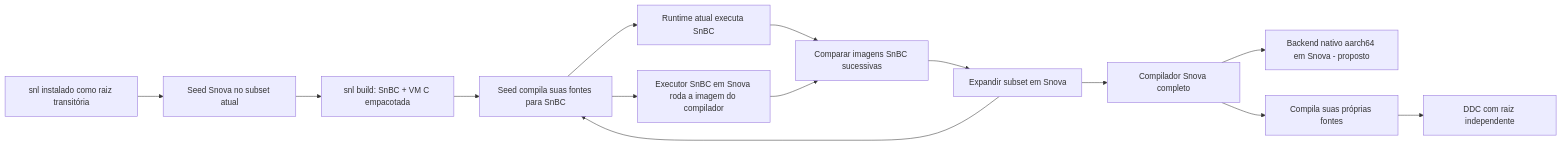
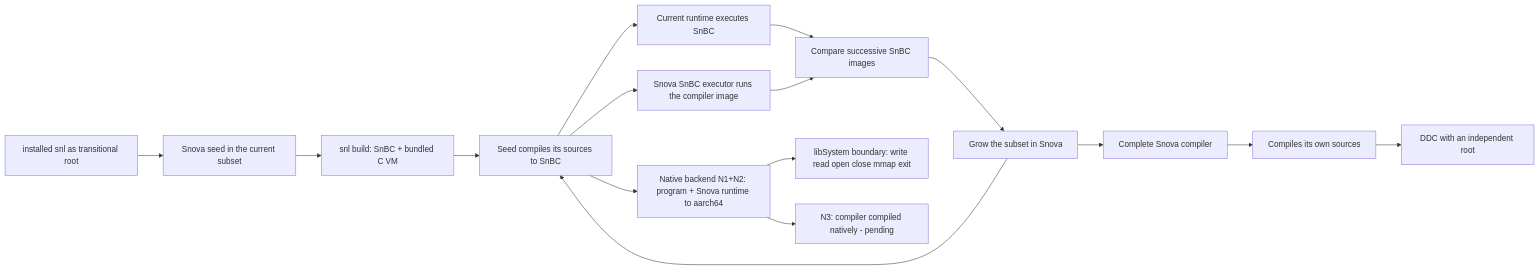
One commit to moislang/moil changed the diagram in docs/diagrams/bootstrap.mmd. Above: the diagram before and after it, drawn with Mermaid. The commit also changed 68 other files, not shown here.

```diff
--- a/docs/diagrams/bootstrap.mmd
+++ b/docs/diagrams/bootstrap.mmd
@@ -1,14 +1,16 @@
 flowchart LR
-  H[snl instalado como raiz transitória] --> K[Seed Snova no subset atual]
-  K --> C1[snl build: SnBC + VM C empacotada]
-  C1 --> C2[Seed compila suas fontes para SnBC]
-  C2 --> R[Runtime atual executa SnBC]
-  R --> FP[Comparar imagens SnBC sucessivas]
-  C2 --> VM[Executor SnBC em Snova roda a imagem do compilador]
+  H[installed snl as transitional root] --> K[Snova seed in the current subset]
+  K --> C1[snl build: SnBC + bundled C VM]
+  C1 --> C2[Seed compiles its sources to SnBC]
+  C2 --> R[Current runtime executes SnBC]
+  R --> FP[Compare successive SnBC images]
+  C2 --> VM[Snova SnBC executor runs the compiler image]
   VM --> FP
-  CN --> NAT[Backend nativo aarch64 em Snova - proposto]
-  FP --> C3[Expandir subset em Snova]
+  C2 --> NAT[Native backend N1+N2: program + Snova runtime to aarch64]
+  NAT --> LS[libSystem boundary: write read open close mmap exit]
+  NAT --> N3[N3: compiler compiled natively - pending]
+  FP --> C3[Grow the subset in Snova]
   C3 --> C2
-  C3 --> CN[Compilador Snova completo]
-  CN --> SELF[Compila suas próprias fontes]
-  SELF --> DDC[DDC com raiz independente]
+  C3 --> CN[Complete Snova compiler]
+  CN --> SELF[Compiles its own sources]
+  SELF --> DDC[DDC with an independent root]
```
